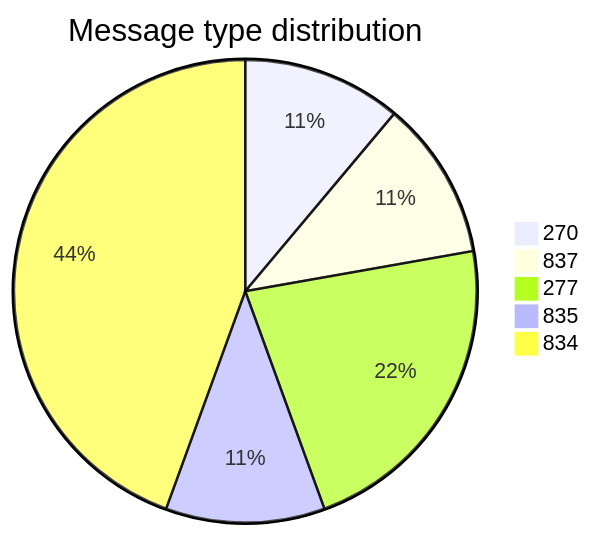
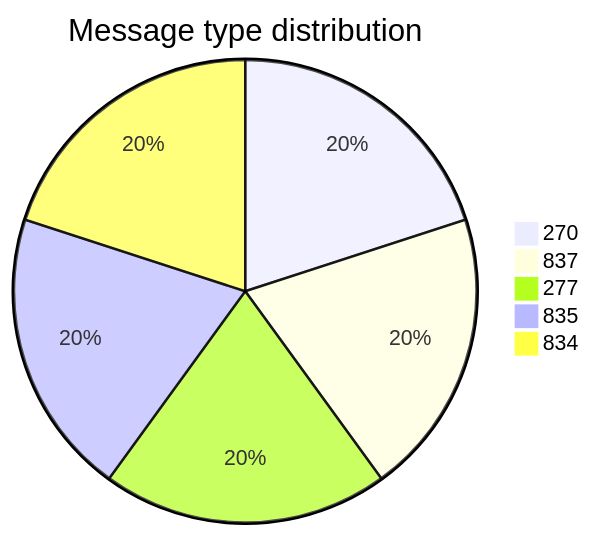
Before and after one commit to dhagan-va/intern-2025: the first of 10 diagrams in test-tools/DataGen/src/Statistics_Visualizer.md, drawn with Mermaid. The commit also changed other lines of this file and 2 other files, not shown here.

````diff
--- a/test-tools/DataGen/src/Statistics_Visualizer.md
+++ b/test-tools/DataGen/src/Statistics_Visualizer.md
@@ -18,8 +18,8 @@
 ```mermaid
 pie title Message type distribution
     "270" : 500
     "837" : 500
-    "277" : 1000
+    "277" : 500
     "835" : 500
-    "834" : 2000
+    "834" : 500
 ```
````
